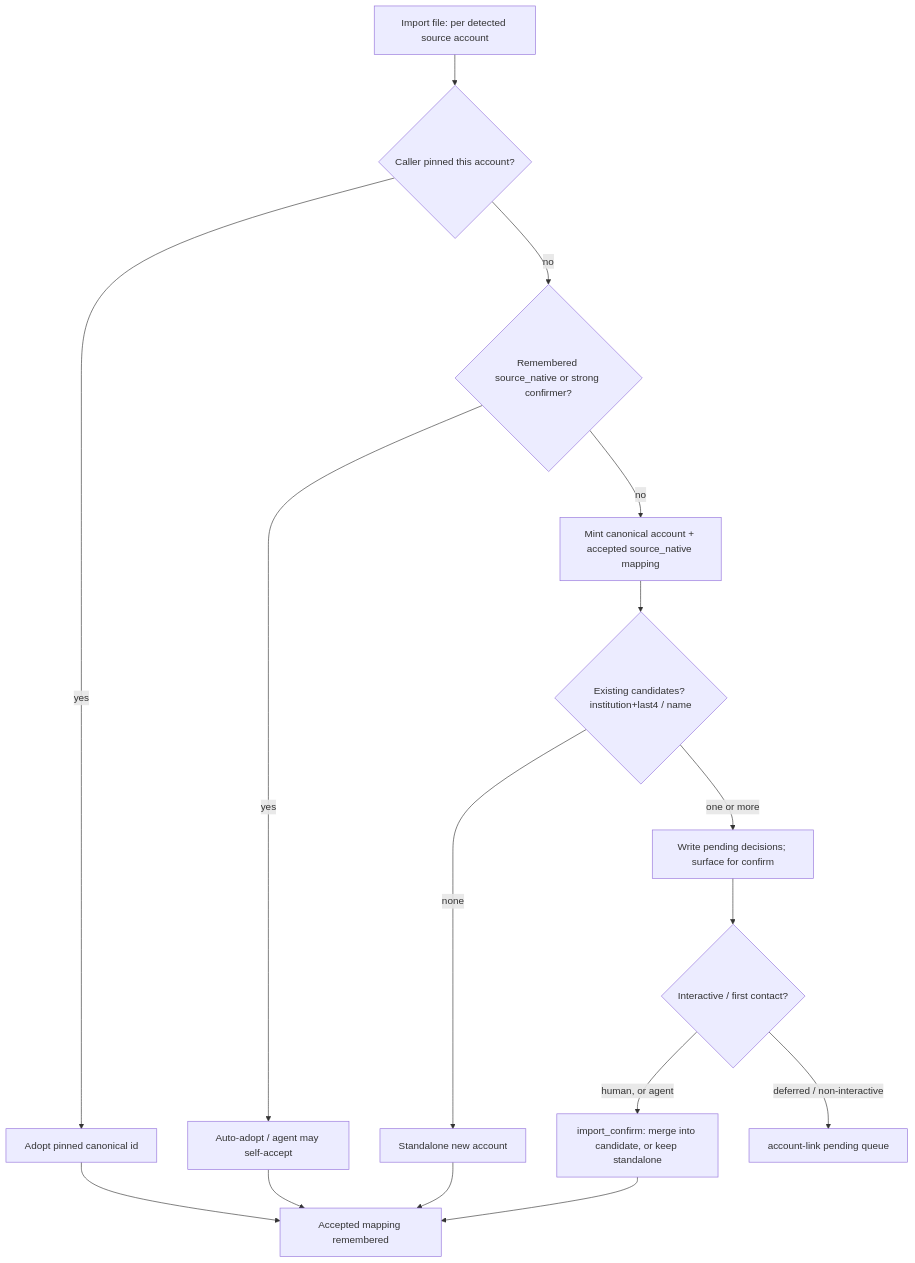
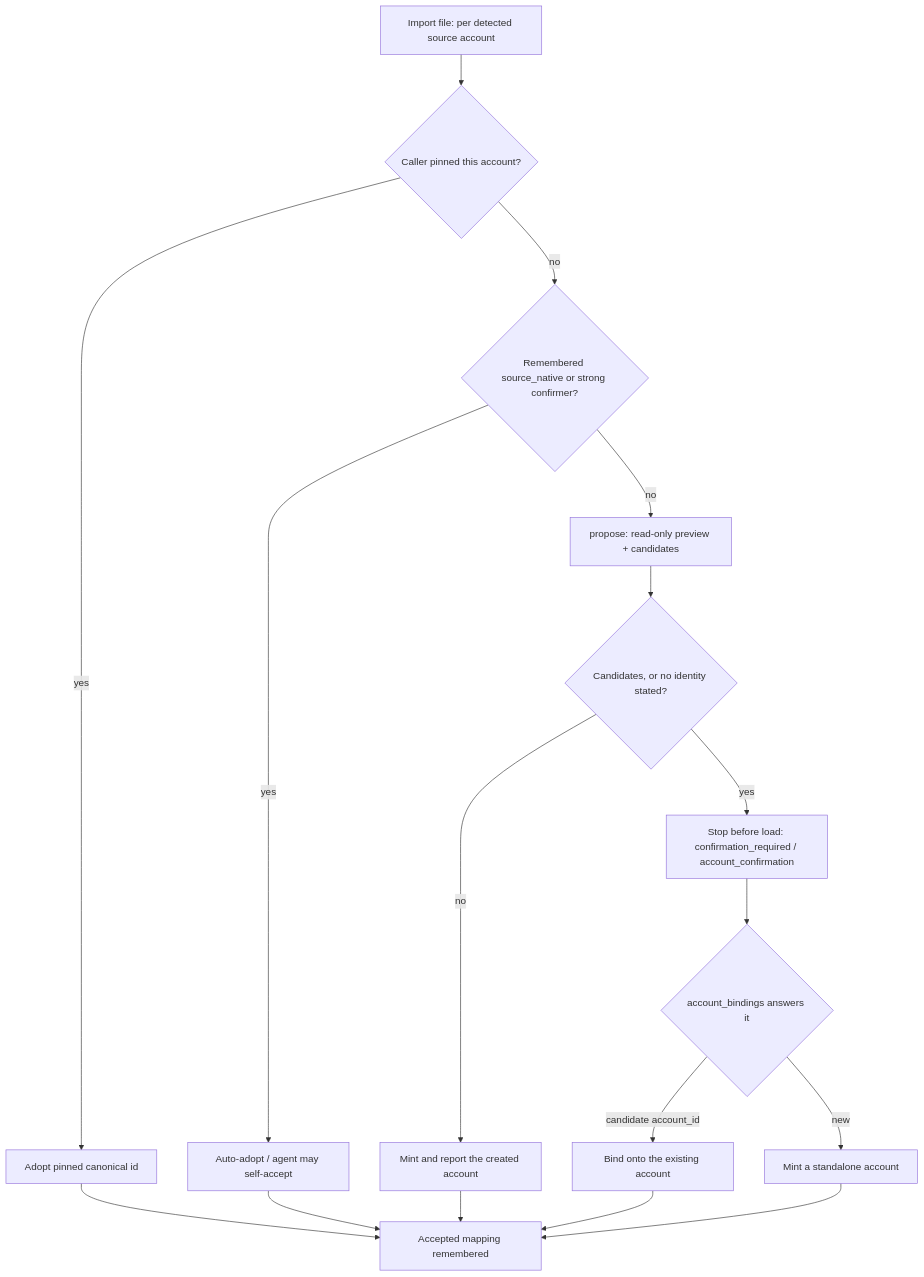
One commit to bsaffel/moneybin changed the diagram in docs/specs/account-identity-resolution.md. Above: the diagram before and after it, drawn with Mermaid. The commit also changed other lines of this file and 54 other files, not shown here.

First line of the commit message:
Ask before an import merges a file into an account you already have (#378)

````diff
--- a/docs/specs/account-identity-resolution.md
+++ b/docs/specs/account-identity-resolution.md
@@ -554,18 +560,19 @@
 ```mermaid
 flowchart TD
     A[Import file: per detected source account] --> B{Caller pinned this account?}
     B -->|yes| ADOPT[Adopt pinned canonical id]
     B -->|no| C{Remembered source_native or strong confirmer?}
     C -->|yes| AUTO[Auto-adopt / agent may self-accept]
-    C -->|no| MINT[Mint canonical account + accepted source_native mapping]
-    MINT --> D{Existing candidates? institution+last4 / name}
-    D -->|none| STANDALONE[Standalone new account]
-    D -->|one or more| PROPOSE[Write pending decisions; surface for confirm]
-    PROPOSE --> E{Interactive / first contact?}
-    E -->|human, or agent| CONFIRM[import_confirm: merge into candidate, or keep standalone]
-    E -->|deferred / non-interactive| QUEUE[account-link pending queue]
+    C -->|no| PROPOSE[propose: read-only preview + candidates]
+    PROPOSE --> ASK{Candidates, or no identity stated?}
+    ASK -->|no| MINT[Mint and report the created account]
+    ASK -->|yes| GATE[Stop before load: confirmation_required / account_confirmation]
+    GATE --> CONFIRM{account_bindings answers it}
+    CONFIRM -->|candidate account_id| MERGE[Bind onto the existing account]
+    CONFIRM -->|"new"| STANDALONE[Mint a standalone account]
     ADOPT --> REMEMBER[Accepted mapping remembered]
     AUTO --> REMEMBER
+    MINT --> REMEMBER
+    MERGE --> REMEMBER
     STANDALONE --> REMEMBER
-    CONFIRM --> REMEMBER
 ```
````
